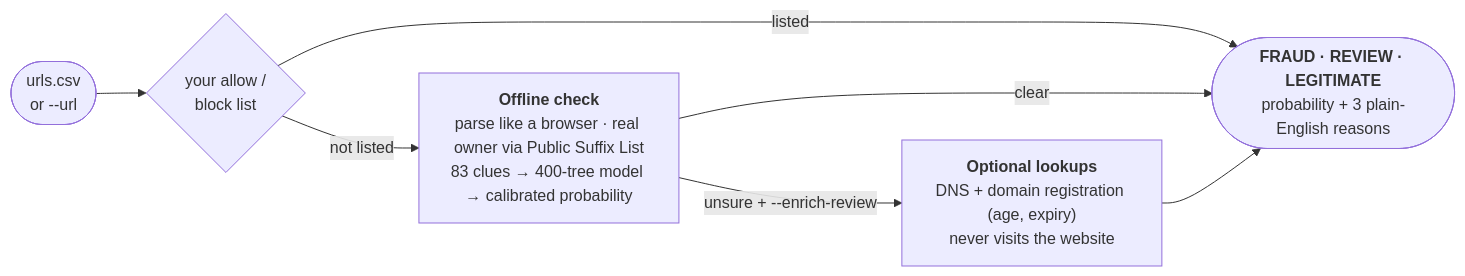
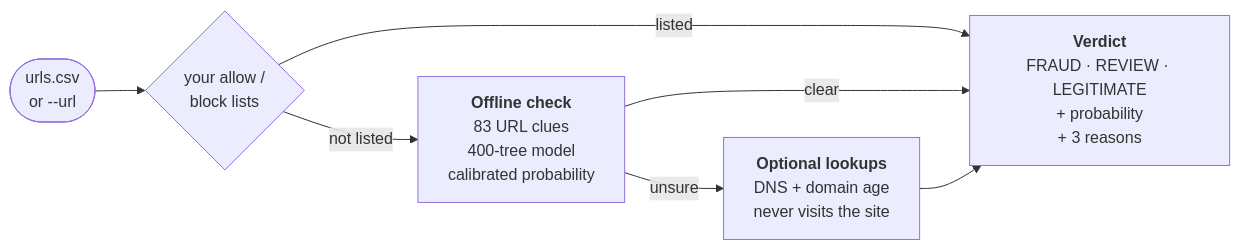
The diagram in README.md (amruth112/fraudurl-detector), drawn with Mermaid before and after one commit.

Commit message:
README: tighten the pipeline diagram labels

````diff
--- a/README.md
+++ b/README.md
@@ -77,9 +77,9 @@
 ```mermaid
 flowchart LR
-    IN(["urls.csv<br/>or --url"]) --> L{"your allow /<br/>block list"}
+    IN(["urls.csv<br/>or --url"]) --> L{"your allow /<br/>block lists"}
     L -- "listed" --> OUT
-    L -- "not listed" --> OFF["<b>Offline check</b><br/>parse like a browser · real owner via Public Suffix List<br/>83 clues → 400-tree model → calibrated probability"]
-    OFF -- "clear" --> OUT(["<b>FRAUD · REVIEW · LEGITIMATE</b><br/>probability + 3 plain-English reasons"])
-    OFF -- "unsure + --enrich-review" --> ENR["<b>Optional lookups</b><br/>DNS + domain registration (age, expiry)<br/>never visits the website"]
+    L -- "not listed" --> OFF["<b>Offline check</b><br/>83 URL clues<br/>400-tree model<br/>calibrated probability"]
+    OFF -- "clear" --> OUT["<b>Verdict</b><br/>FRAUD · REVIEW · LEGITIMATE<br/>+ probability<br/>+ 3 reasons"]
+    OFF -- "unsure" --> ENR["<b>Optional lookups</b><br/>DNS + domain age<br/>never visits the site"]
     ENR --> OUT
 ```
````
